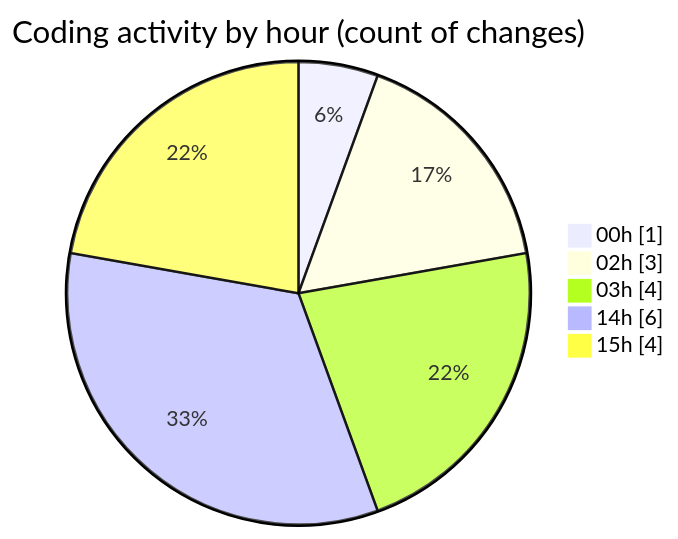
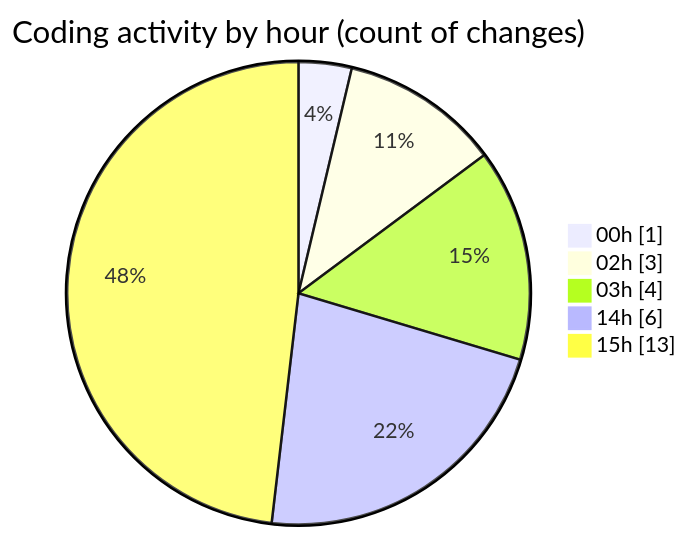
The second of 2 diagrams in 2025-02-19/uber_clone/README.md (donsfak/code-tracking), drawn with Mermaid before and after one commit. The commit also changed other lines of this file and 1 other file, not shown here.

````diff
--- a/2025-02-19/uber_clone/README.md
+++ b/2025-02-19/uber_clone/README.md
@@ -41,9 +42,9 @@
 ```mermaid
 pie showData
 title Coding activity by hour (count of changes)
 "00h" : 1
 "02h" : 3
 "03h" : 4
 "14h" : 6
-"15h" : 4
+"15h" : 13
 ```
````
